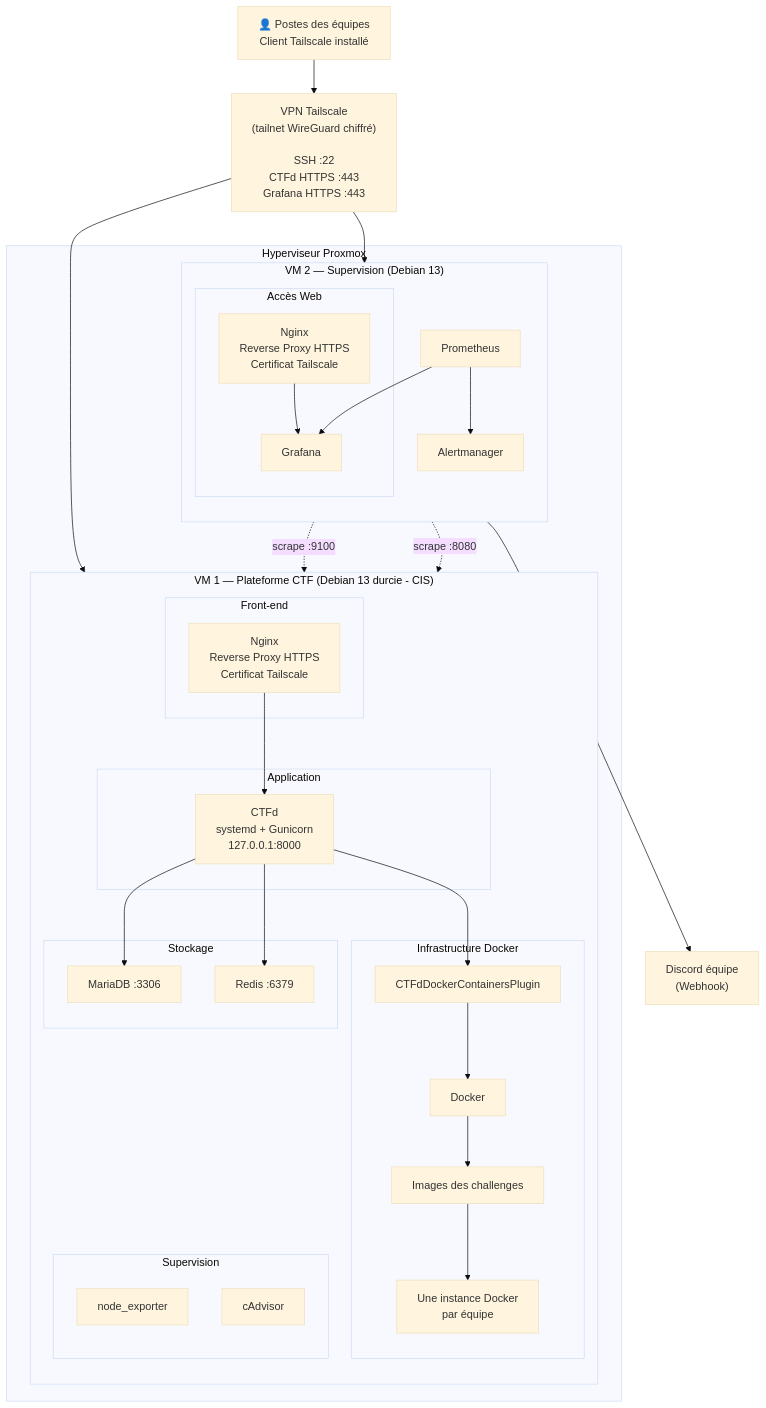
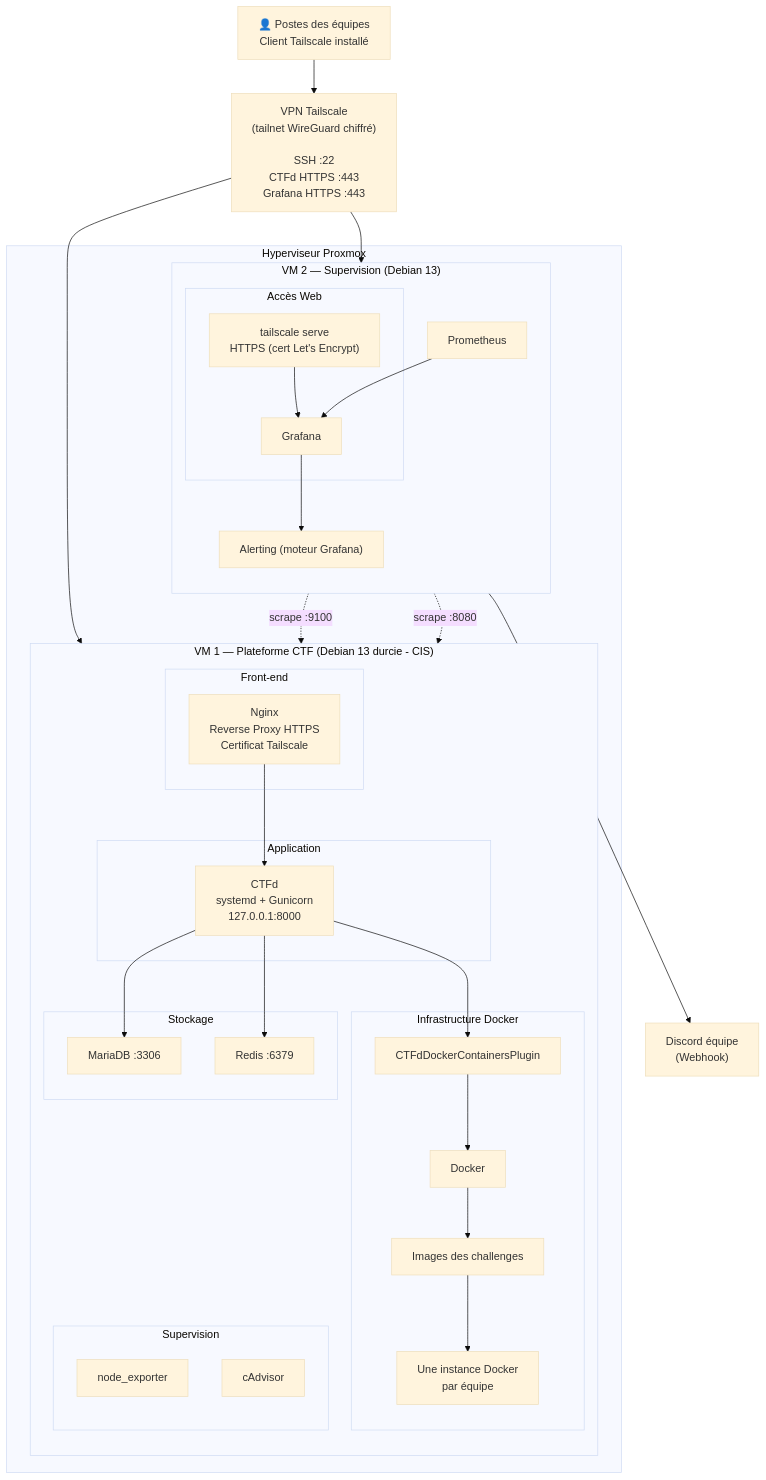
Before and after one commit to Jacob-dot-bit/RootMeUp: the diagram in docs/architecture.md, drawn with Mermaid (base theme). The commit also changed other lines of this file and 1 other file, not shown here.

Commit message:
docs: aligner sur l'infra réelle — Grafana via tailscale serve (pas nginx), alerting Grafana (pas Alertmanager), cAdvisor scrapé

```diff
--- a/docs/architecture.md
+++ b/docs/architecture.md
@@ -89,7 +89,7 @@
 
 subgraph WEB["Accès Web"]
 
-GRAFNG["Nginx<br/>Reverse Proxy HTTPS<br/>Certificat Tailscale"]
+GRAFNG["tailscale serve<br/>HTTPS (cert Let's Encrypt)"]
 
 GRAF["Grafana"]
 
@@ -97,13 +97,13 @@
 
 PROM["Prometheus"]
 
-ALERT["Alertmanager"]
+ALERT["Alerting (moteur Grafana)"]
 
 GRAFNG --> GRAF
 
 PROM --> GRAF
 
-PROM --> ALERT
+GRAF --> ALERT
 
 end
 
```
